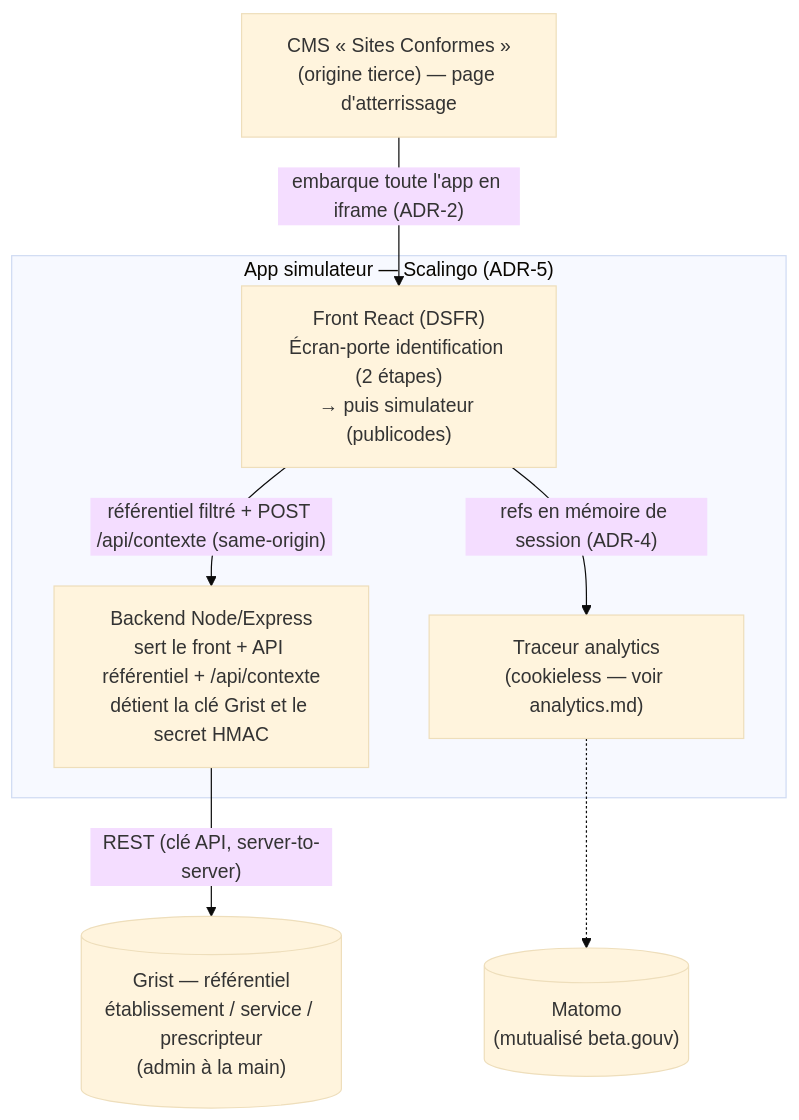
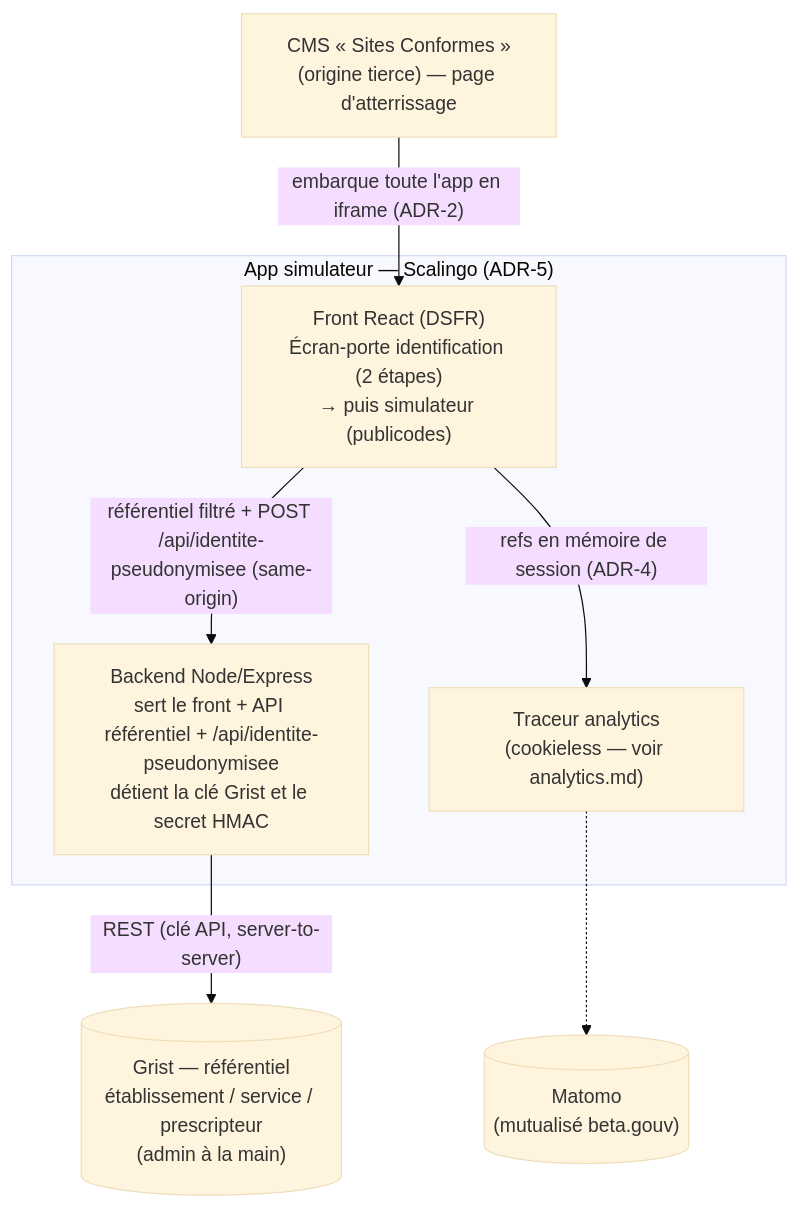
The first of 2 diagrams in docs/architecture/identification.md (betagouv/transports-sanitaires), drawn with Mermaid (base theme) before and after one commit. The commit also changed other lines of this file and 25 other files, not shown here.

````diff
--- a/docs/architecture/identification.md
+++ b/docs/architecture/identification.md
@@ -141,17 +141,17 @@
 ```mermaid
 flowchart TB
     cms["CMS « Sites Conformes »<br/>(origine tierce) — page d'atterrissage"]
     subgraph scalingo["App simulateur — Scalingo (ADR-5)"]
         front["Front React (DSFR)<br/>Écran-porte identification (2 étapes)<br/>→ puis simulateur (publicodes)"]
-        api["Backend Node/Express<br/>sert le front + API référentiel + /api/contexte<br/>détient la clé Grist et le secret HMAC"]
+        api["Backend Node/Express<br/>sert le front + API référentiel + /api/identite-pseudonymisee<br/>détient la clé Grist et le secret HMAC"]
         analytics["Traceur analytics<br/>(cookieless — voir analytics.md)"]
     end
     grist[("Grist — référentiel<br/>établissement / service / prescripteur<br/>(admin à la main)")]
     matomo[("Matomo<br/>(mutualisé beta.gouv)")]
 
     cms -->|"embarque toute l'app en iframe (ADR-2)"| front
-    front -->|"référentiel filtré + POST /api/contexte (same-origin)"| api
+    front -->|"référentiel filtré + POST /api/identite-pseudonymisee (same-origin)"| api
     api -->|"REST (clé API, server-to-server)"| grist
     front -->|"refs en mémoire de session (ADR-4)"| analytics
     analytics -.-> matomo
 ```
````
